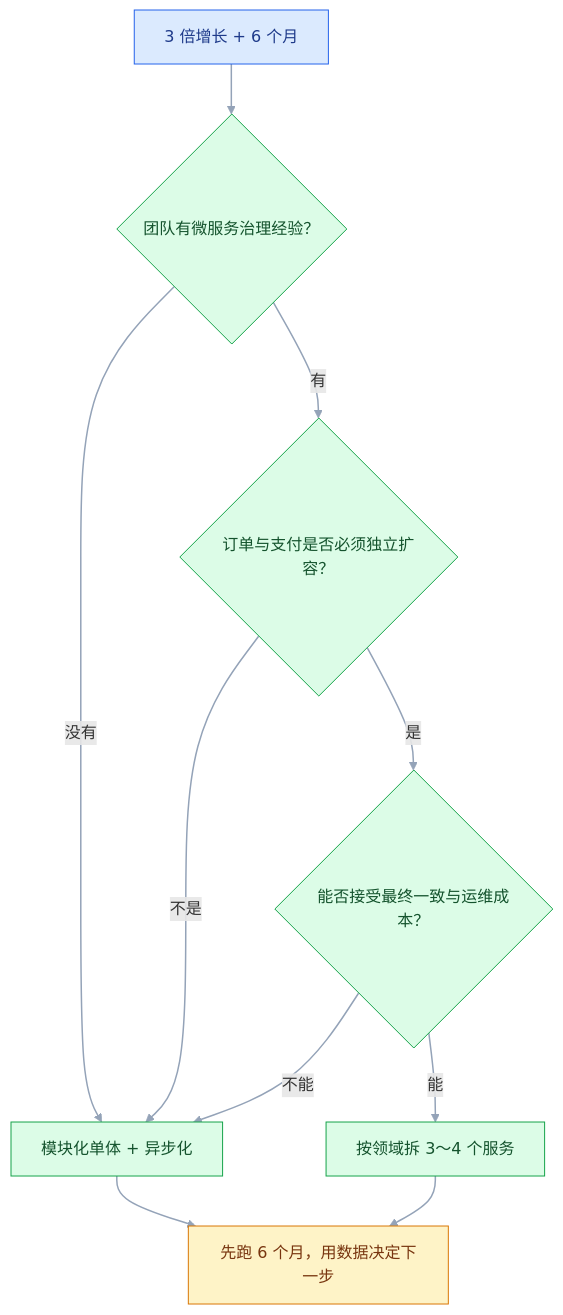
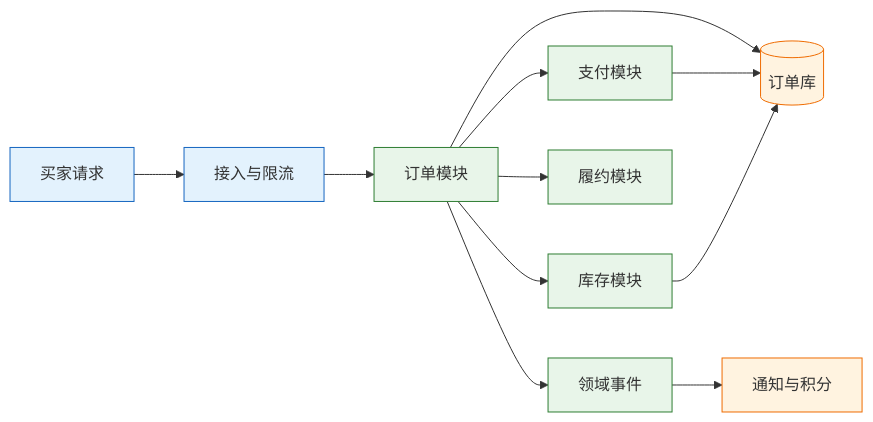
The third of 3 diagrams in blog/src/notes/03-架构/01-架构基础/01-架构认知与质量属性.md (jimbosuper/studynotes), drawn with Mermaid before and after one commit. The commit also changed other lines of this file and 367 other files, not shown here.

````diff
--- a/blog/src/notes/03-架构/01-架构基础/01-架构认知与质量属性.md
+++ b/blog/src/notes/03-架构/01-架构基础/01-架构认知与质量属性.md
@@ -79,17 +364,19 @@
 ```mermaid
-flowchart TD
-    classDef client fill:#DBEAFE,stroke:#2563EB,color:#1E3A8A
-    classDef service fill:#DCFCE7,stroke:#16A34A,color:#14532D
-    classDef data fill:#FEF3C7,stroke:#D97706,color:#78350F
-
-    A["3 倍增长 + 6 个月"]:::client --> B{"团队有微服务治理经验？"}:::service
-    B -->|"没有"| C["模块化单体 + 异步化"]:::service
-    B -->|"有"| D{"订单与支付是否必须独立扩容？"}:::service
-    D -->|"不是"| C
-    D -->|"是"| E{"能否接受最终一致与运维成本？"}:::service
-    E -->|"不能"| C
-    E -->|"能"| F["按领域拆 3～4 个服务"]:::service
-    C --> G["先跑 6 个月，用数据决定下一步"]:::data
-    F --> G
-    linkStyle default stroke:#94A3B8,stroke-width:1.5px
+flowchart LR
+    U["买家请求"] --> G["接入与限流"]
+    G --> O["订单模块"]
+    O --> P["支付模块"]
+    O --> I["库存模块"]
+    O --> F["履约模块"]
+    O --> E["领域事件"]
+    E --> N["通知与积分"]
+    O --> D[("订单库")]
+    P --> D
+    I --> D
+    classDef client fill:#e3f2fd,stroke:#1565c0;
+    classDef engine fill:#e8f5e9,stroke:#2e7d32;
+    classDef image fill:#fff3e0,stroke:#ef6c00;
+    class U,G client
+    class O,P,I,F,E engine
+    class N,D image
 ```
````
